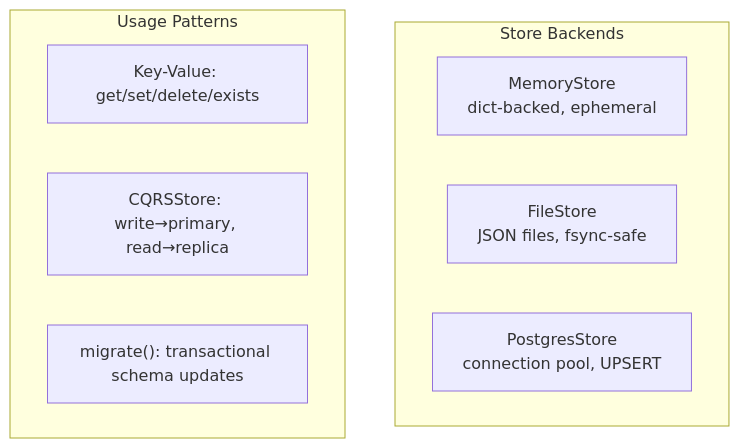
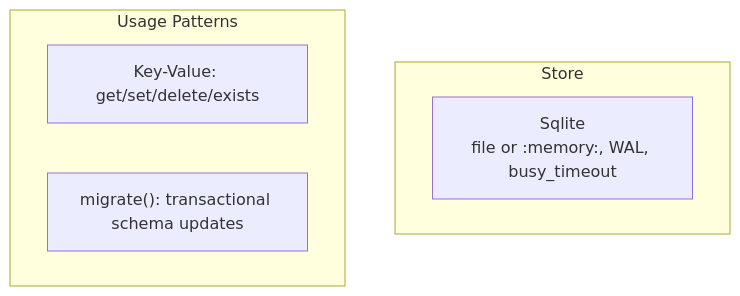
The fifth of 5 diagrams in docs/architecture.md (sachn-cs/unsecured-lending-underwriting), drawn with Mermaid before and after one commit. The commit also changed other lines of this file, not shown here.

````diff
--- a/docs/architecture.md
+++ b/docs/architecture.md
@@ -155,13 +158,10 @@
 ```mermaid
 flowchart TB
-    subgraph Stores["Store Backends"]
-        MEM["MemoryStore<br/>dict-backed, ephemeral"]
-        FILE["FileStore<br/>JSON files, fsync-safe"]
-        PG["PostgresStore<br/>connection pool, UPSERT"]
+    subgraph Stores["Store"]
+        SQL["Sqlite<br/>file or :memory:, WAL, busy_timeout"]
     end
     subgraph Patterns["Usage Patterns"]
         KV["Key-Value: get/set/delete/exists"]
-        CQRS["CQRSStore: write→primary, read→replica"]
         MIG["migrate(): transactional schema updates"]
     end
 ```
````
